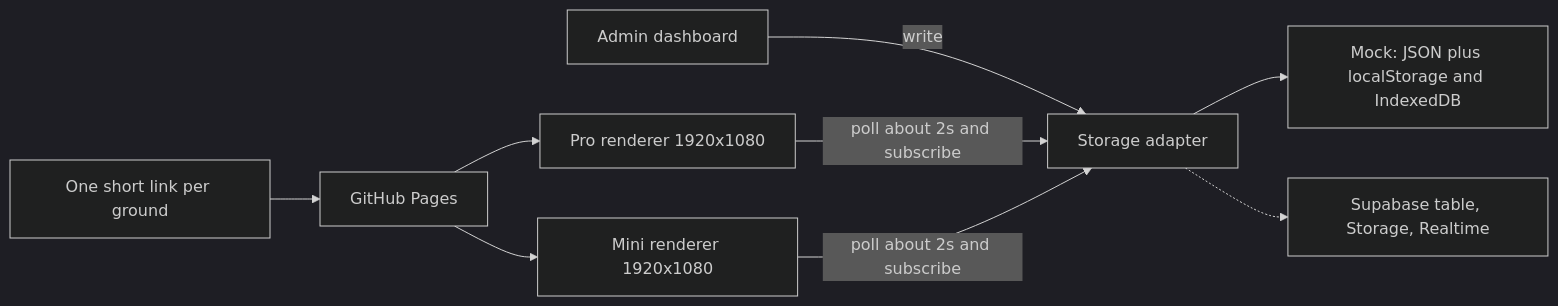
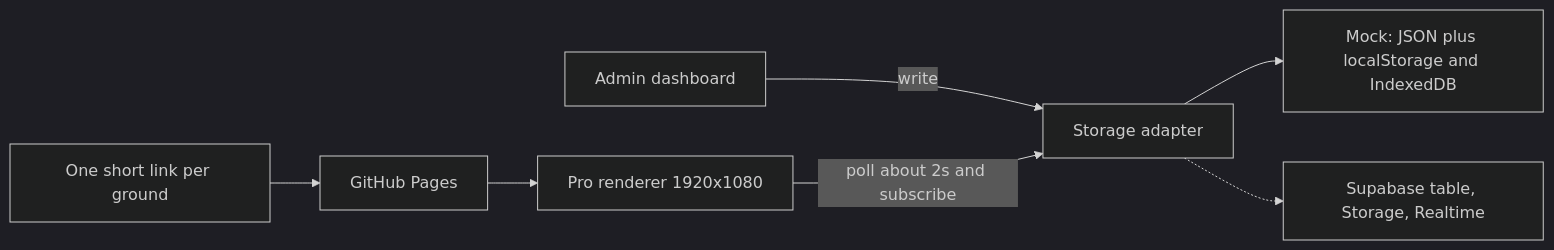
Before and after one commit to chriskeys19-bot/pulseplay-cricketstream-overlays: the first of 2 diagrams in README.md, drawn with Mermaid (dark theme). The commit also changed other lines of this file and 13 other files, not shown here.

````diff
--- a/README.md
+++ b/README.md
@@ -18,20 +18,17 @@
 ```mermaid
 flowchart LR
   admin[Admin dashboard]
   adapter[Storage adapter]
   mock[Mock: JSON plus localStorage and IndexedDB]
   future[Supabase table, Storage, Realtime]
   pro[Pro renderer 1920x1080]
-  mini[Mini renderer 1920x1080]
   shortLink[One short link per ground]
   pages[GitHub Pages]
 
   admin -->|write| adapter
   adapter --> mock
   adapter -.-> future
   pro -->|poll about 2s and subscribe| adapter
-  mini -->|poll about 2s and subscribe| adapter
   shortLink --> pages
   pages --> pro
-  pages --> mini
 ```
````
